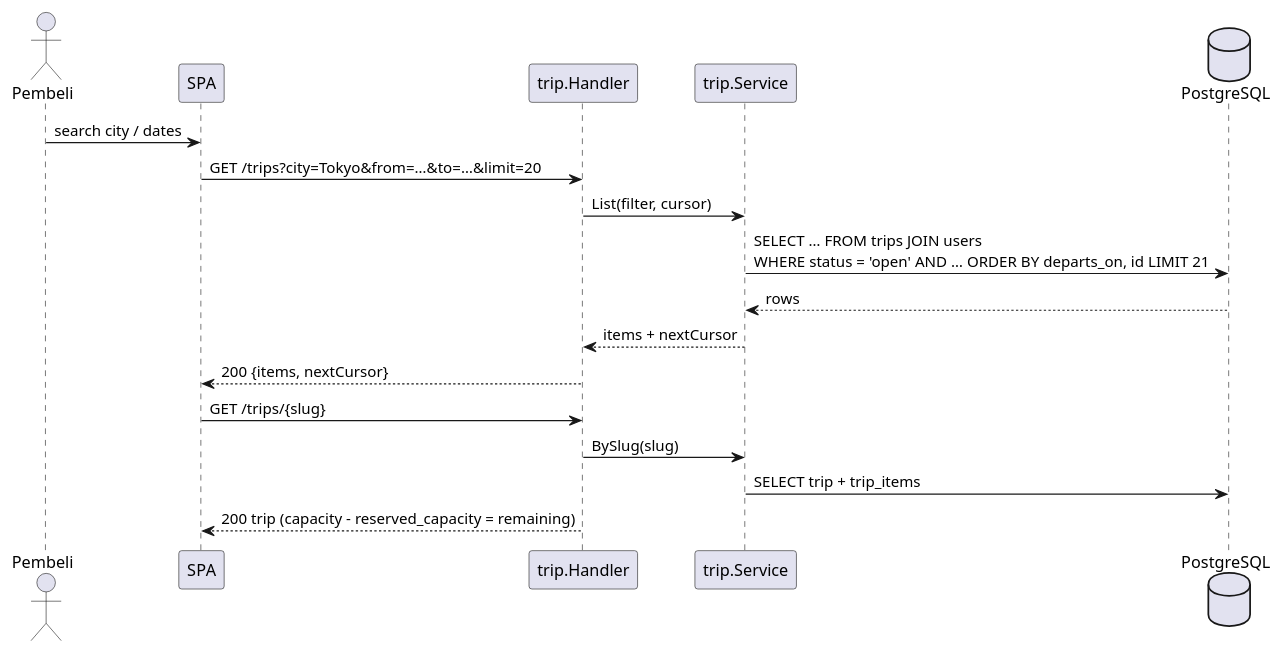
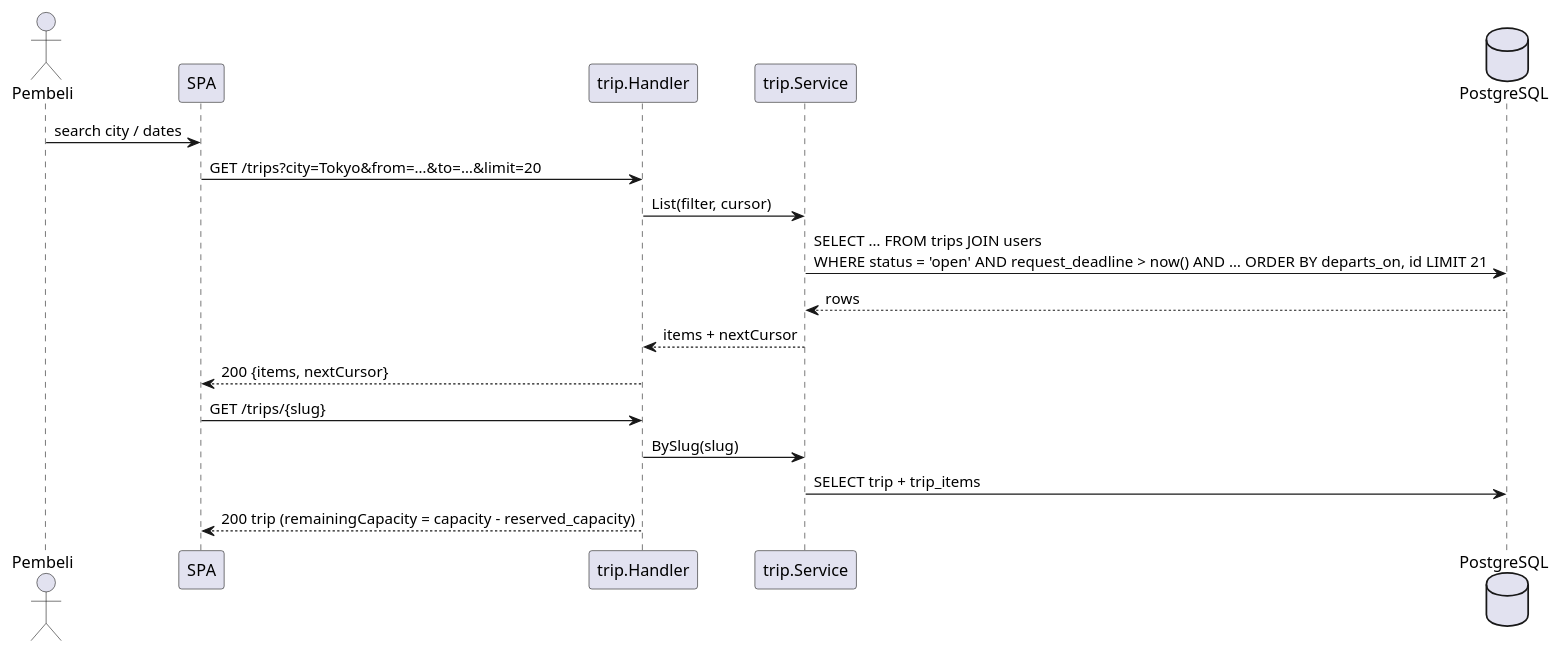
Before and after one commit to Titip-Dong/titipdong-be: the third of 4 diagrams in docs/features/trip.md, drawn with PlantUML. The commit also changed other lines of this file and 11 other files, not shown here.

````diff
--- a/docs/features/trip.md
+++ b/docs/features/trip.md
@@ -185,21 +195,21 @@
 ```plantuml
 @startuml
 actor Pembeli
 participant "SPA" as FE
 participant "trip.Handler" as H
 participant "trip.Service" as S
 database PostgreSQL as DB
 
 Pembeli -> FE : search city / dates
 FE -> H : GET /trips?city=Tokyo&from=…&to=…&limit=20
 H -> S : List(filter, cursor)
-S -> DB : SELECT … FROM trips JOIN users\nWHERE status = 'open' AND … ORDER BY departs_on, id LIMIT 21
+S -> DB : SELECT … FROM trips JOIN users\nWHERE status = 'open' AND request_deadline > now() AND … ORDER BY departs_on, id LIMIT 21
 DB --> S : rows
 S --> H : items + nextCursor
 H --> FE : 200 {items, nextCursor}
 FE -> H : GET /trips/{slug}
 H -> S : BySlug(slug)
 S -> DB : SELECT trip + trip_items
-H --> FE : 200 trip (capacity - reserved_capacity = remaining)
+H --> FE : 200 trip (remainingCapacity = capacity - reserved_capacity)
 @enduml
 ```
````
